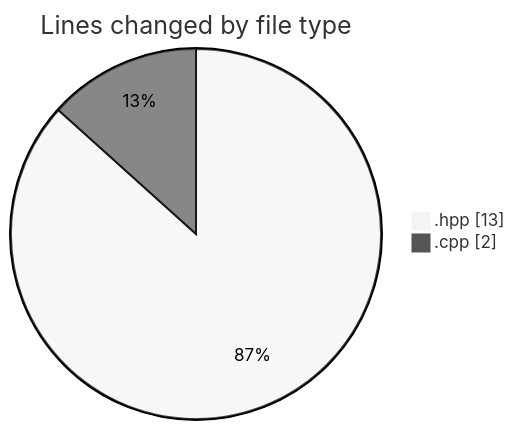
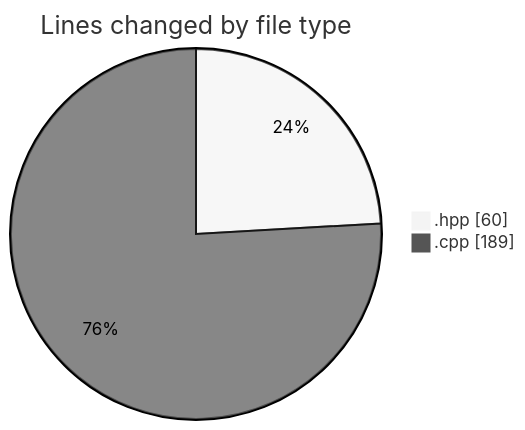
The first of 2 diagrams in 2025-04-20/echo/README.md (Netris89/code-tracking), drawn with Mermaid (neutral theme) before and after one commit. The commit also changed other lines of this file and 1 other file, not shown here.

````diff
--- a/2025-04-20/echo/README.md
+++ b/2025-04-20/echo/README.md
@@ -21,6 +21,6 @@
 ```mermaid
 pie showData
 title Lines changed by file type
-".hpp" : 13
-".cpp" : 2
+".hpp" : 60
+".cpp" : 189
 ```
````
